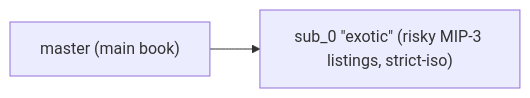
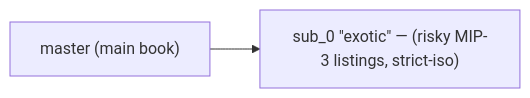
Before and after one commit to mtf-exchange/metaflux-knowledges: the sixth of 8 diagrams in docs/concepts/sub-accounts.md, drawn with Mermaid. The commit also changed other lines of this file and 176 other files, not shown here.

First line of the commit message:
docs: split info by product, fix mermaid, drop sprint/diff wording, faster builds

````diff
--- a/docs/concepts/sub-accounts.md
+++ b/docs/concepts/sub-accounts.md
@@ -208,6 +208,6 @@
 ```mermaid
 flowchart LR
     master["master (main book)"]
-    sub0["sub_0 &quot;exotic&quot; (risky MIP-3 listings, strict-iso)"]
+    sub0["sub_0 &quot;exotic&quot — (risky MIP-3 listings, strict-iso)"]
     master --> sub0
 ```
````
